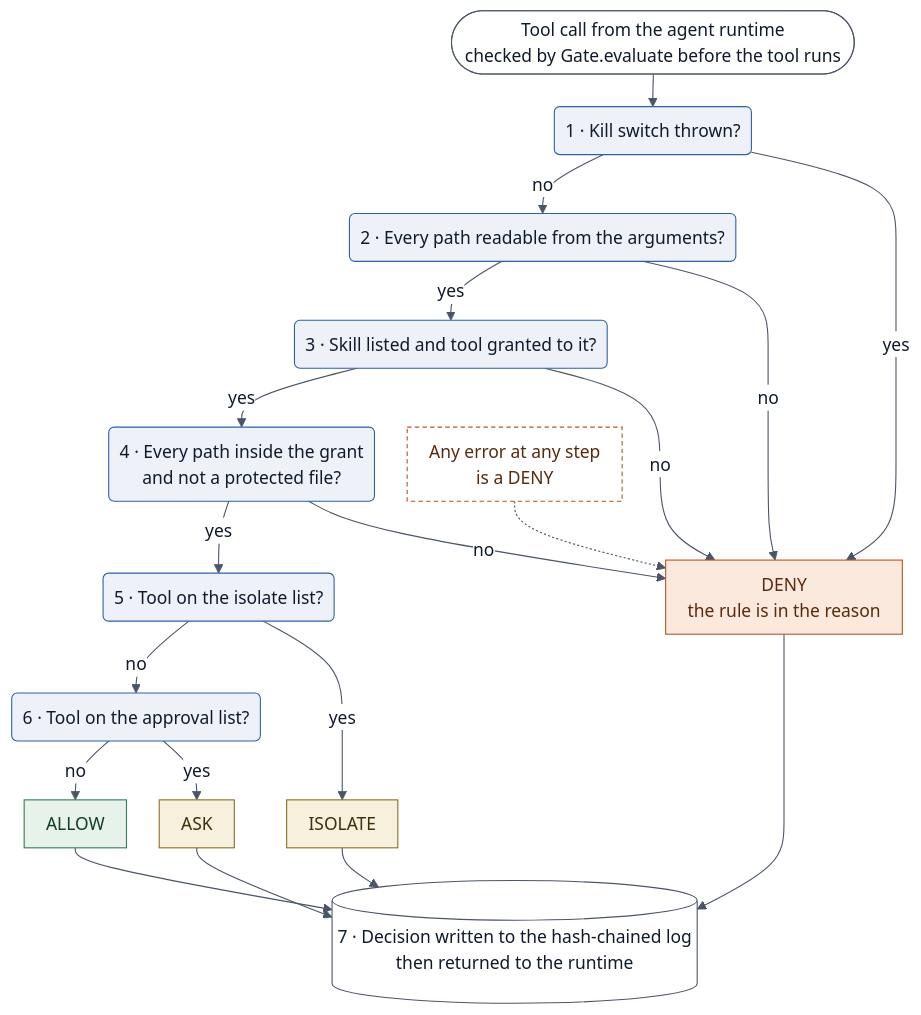
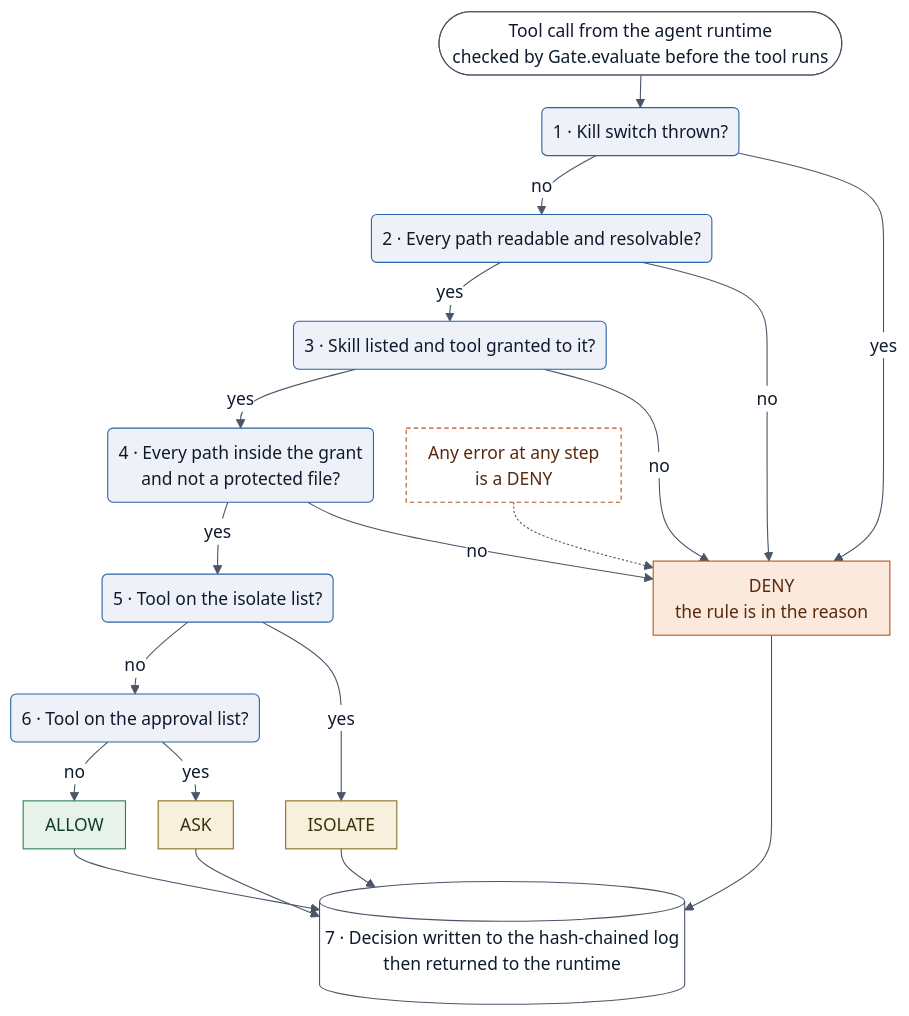
One commit to Steck43/capability-gate changed the diagram in assets/gate-decision.mmd. Above: the diagram before and after it, drawn with Mermaid. The commit also changed 6 other files, not shown here.

First line of the commit message:
README: act on the diagram review

```diff
--- a/assets/gate-decision.mmd
+++ b/assets/gate-decision.mmd
@@ -1,51 +1,51 @@
 %%{init: {"theme": "base", "fontFamily": "Arial, Helvetica, sans-serif", "flowchart": {"nodeSpacing": 30, "rankSpacing": 30, "curve": "basis", "padding": 10, "wrappingWidth": 420}, "themeVariables": {"fontFamily": "Arial, Helvetica, sans-serif", "fontSize": "16px", "primaryColor": "#EEF2F8", "primaryBorderColor": "#2A62A8", "primaryTextColor": "#0F1B2D", "lineColor": "#4A5568", "edgeLabelBackground": "#FFFFFF"}}}%%
 flowchart TB
     CALL(["Tool call from the agent runtime<br/>checked by Gate.evaluate before the tool runs"])
 
     Q1("1 · Kill switch thrown?")
-    Q2("2 · Every path readable from the arguments?")
+    Q2("2 · Every path readable and resolvable?")
     Q3("3 · Skill listed and tool granted to it?")
     Q4("4 · Every path inside the grant<br/>and not a protected file?")
     Q5("5 · Tool on the isolate list?")
     Q6("6 · Tool on the approval list?")
     ALLOW["ALLOW"]
     ASK["ASK"]
     ISO["ISOLATE"]
     DENY["DENY<br/>the rule is in the reason"]
     ERR["Any error at any step<br/>is a DENY"]
     LOG[("7 · Decision written to the hash-chained log<br/>then returned to the runtime")]
 
     CALL --> Q1
     Q1 -->|no| Q2
     Q2 -->|yes| Q3
     Q3 -->|yes| Q4
     Q4 -->|yes| Q5
     Q5 -->|no| Q6
     Q6 -->|no| ALLOW
 
     Q1 -->|yes| DENY
     Q2 -->|no| DENY
     Q3 -->|no| DENY
     Q4 -->|no| DENY
     Q5 -->|yes| ISO
     Q6 -->|yes| ASK
     ERR -.-> DENY
 
     ALLOW --> LOG
     ASK --> LOG
     ISO --> LOG
     DENY --> LOG
 
     classDef check fill:#EEF2F8,stroke:#2A62A8,color:#0F1B2D
     classDef deny fill:#FBE9DD,stroke:#B5541A,color:#5A2A0C
     classDef pass fill:#E6F2EA,stroke:#2E7D4F,color:#123D24
     classDef hold fill:#F6F0DC,stroke:#8A6D1E,color:#3D300C
     classDef store fill:#FFFFFF,stroke:#4A5568,color:#0F1B2D
     classDef note fill:#FFFFFF,stroke:#B5541A,stroke-dasharray:4 3,color:#5A2A0C
 
     class Q1,Q2,Q3,Q4,Q5,Q6 check
     class DENY deny
     class ALLOW pass
     class ASK,ISO hold
     class CALL,LOG store
     class ERR note
```
